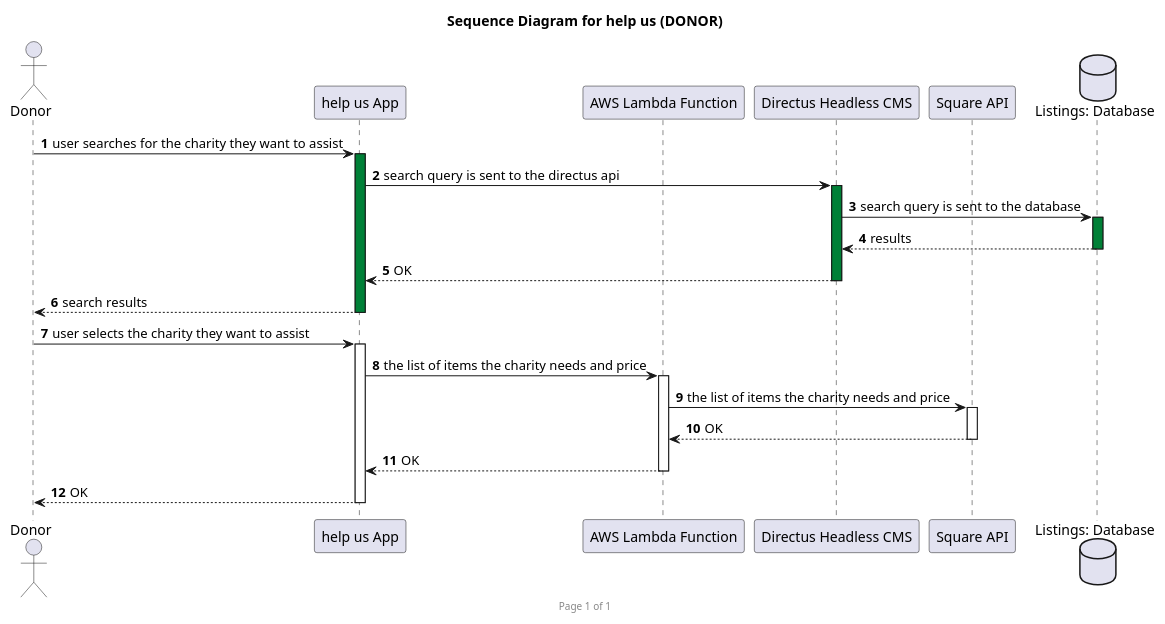
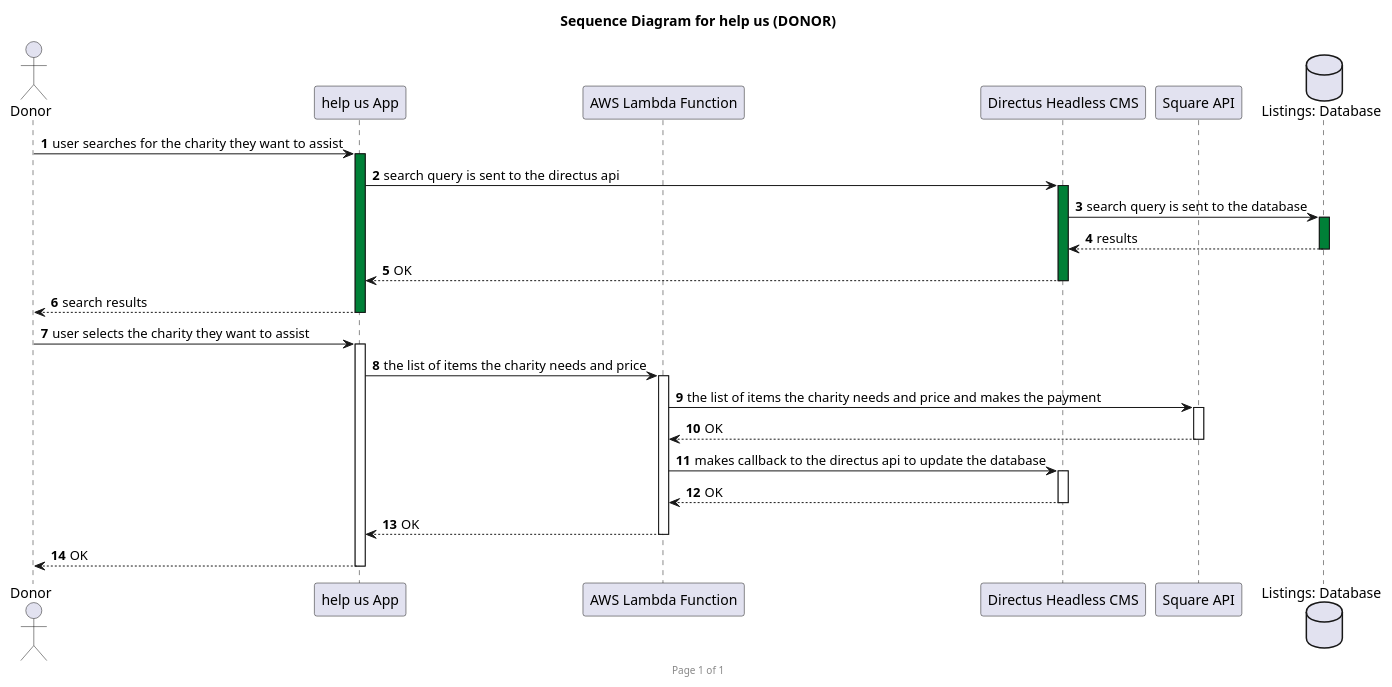
The diagram in sequence_diagram_donor.puml (help-us-app/help-us-architecture-diagrams), drawn with PlantUML before and after one commit.

Commit message:
feat: added callback to sequence_diagram_donor.puml

```diff
--- a/sequence_diagram_donor.puml
+++ b/sequence_diagram_donor.puml
@@ -1,46 +1,50 @@
 @startuml "Sequence Diagram for help us (DONOR)"
 title "Sequence Diagram for help us (DONOR)"
 footer Page %page% of %lastpage%
 
 autonumber
 autoactivate on
 
 actor Donor as donor
 
 participant "help us App" as help_us_app
 
 participant "AWS Lambda Function" as api_lambda
 
 participant "Directus Headless CMS" as api_directus
 
 participant "Square API" as boundary_square_api
 
 database "Listings: Database" as db_listings
 
 
 donor -> help_us_app #008037 : user searches for the charity they want to assist
 
 help_us_app -> api_directus #008037 : search query is sent to the directus api
 
 api_directus -> db_listings #008037 : search query is sent to the database
 
 return results
 
 return OK
 
 return search results
 
 donor -> help_us_app : user selects the charity they want to assist
 
 help_us_app -> api_lambda : the list of items the charity needs and price
 
-api_lambda -> boundary_square_api : the list of items the charity needs and price
+api_lambda -> boundary_square_api : the list of items the charity needs and price and makes the payment
+
+return OK
+
+api_lambda -> api_directus : makes callback to the directus api to update the database
 
 return OK
 
 return OK
 
 return OK
 
 
 @enduml
```
